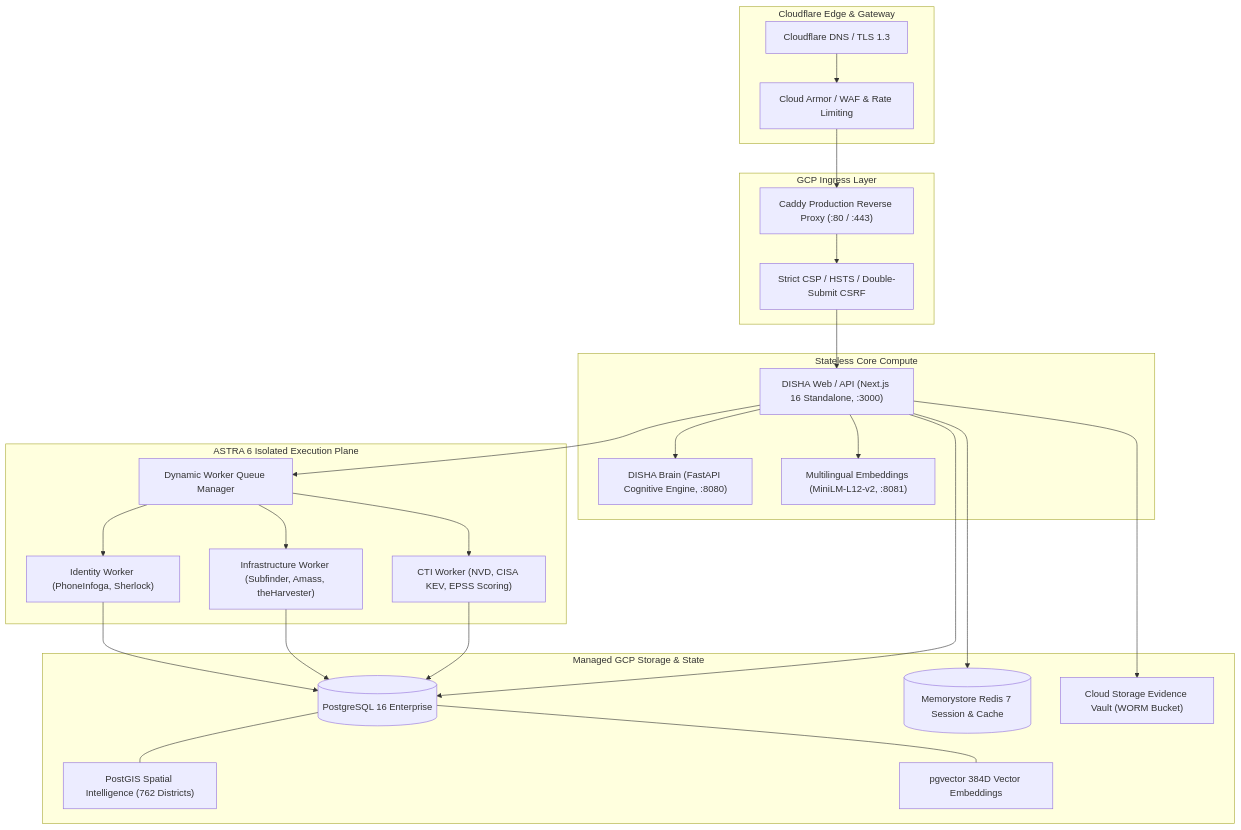
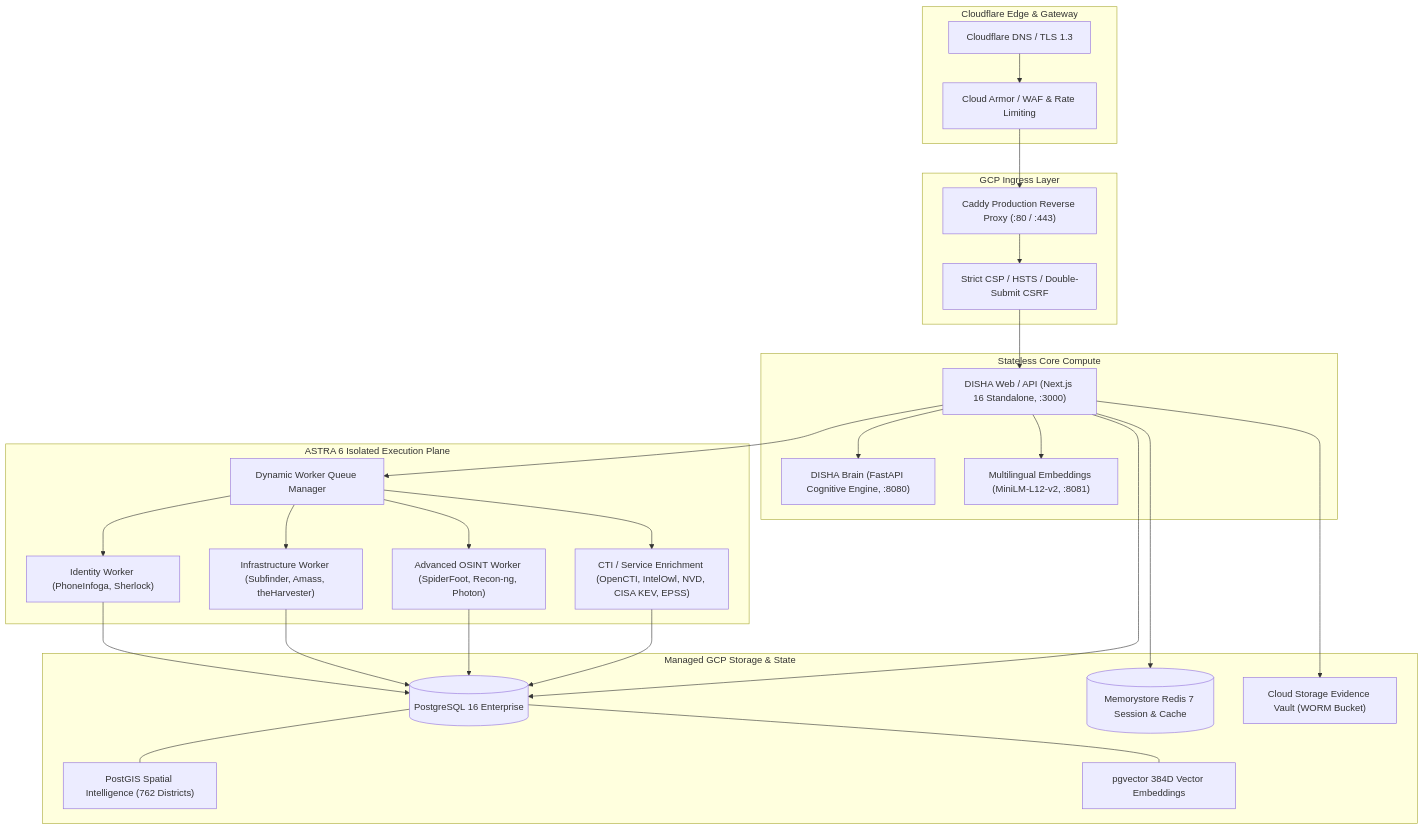
Before and after one commit to Tashima-Tarsh/Disha6.6: the diagram in README.md, drawn with Mermaid. The commit also changed other lines of this file and 35 other files, not shown here.

Commit message:
feat(osint): wire OpenCTI IntelOwl SpiderFoot Recon-ng Photon runtime

````diff
--- a/README.md
+++ b/README.md
@@ -83,49 +84,52 @@
 ```mermaid
 flowchart TB
     subgraph Edge ["Cloudflare Edge & Gateway"]
         CF_DNS["Cloudflare DNS / TLS 1.3"]
         CF_WAF["Cloud Armor / WAF & Rate Limiting"]
     end
 
     subgraph Ingress ["GCP Ingress Layer"]
         Caddy["Caddy Production Reverse Proxy (:80 / :443)"]
         SecHeaders["Strict CSP / HSTS / Double-Submit CSRF"]
     end
 
     subgraph AppLayer ["Stateless Core Compute"]
         Web["DISHA Web / API (Next.js 16 Standalone, :3000)"]
         Brain["DISHA Brain (FastAPI Cognitive Engine, :8080)"]
         Embed["Multilingual Embeddings (MiniLM-L12-v2, :8081)"]
     end
 
     subgraph WorkerPlane ["ASTRA 6 Isolated Execution Plane"]
         DynamicWorker["Dynamic Worker Queue Manager"]
         IdWorker["Identity Worker (PhoneInfoga, Sherlock)"]
         InfraWorker["Infrastructure Worker (Subfinder, Amass, theHarvester)"]
-        CtiWorker["CTI Worker (NVD, CISA KEV, EPSS Scoring)"]
+        AdvancedWorker["Advanced OSINT Worker (SpiderFoot, Recon-ng, Photon)"]
+        CtiWorker["CTI / Service Enrichment (OpenCTI, IntelOwl, NVD, CISA KEV, EPSS)"]
     end
 
     subgraph Persistence ["Managed GCP Storage & State"]
         CloudSQL[("PostgreSQL 16 Enterprise")]
         PostGIS["PostGIS Spatial Intelligence (762 Districts)"]
         PgVector["pgvector 384D Vector Embeddings"]
         Redis[("Memorystore Redis 7 Session & Cache")]
         VaultBucket["Cloud Storage Evidence Vault (WORM Bucket)"]
     end
 
     CF_DNS --> CF_WAF --> Caddy --> SecHeaders --> Web
     Web --> Brain
     Web --> Embed
     Web --> DynamicWorker
     DynamicWorker --> IdWorker
     DynamicWorker --> InfraWorker
+    DynamicWorker --> AdvancedWorker
     DynamicWorker --> CtiWorker
     IdWorker --> CloudSQL
     InfraWorker --> CloudSQL
+    AdvancedWorker --> CloudSQL
     CtiWorker --> CloudSQL
     Web --> CloudSQL
     Web --> Redis
     CloudSQL --- PostGIS
     CloudSQL --- PgVector
     Web --> VaultBucket
 ```
````
